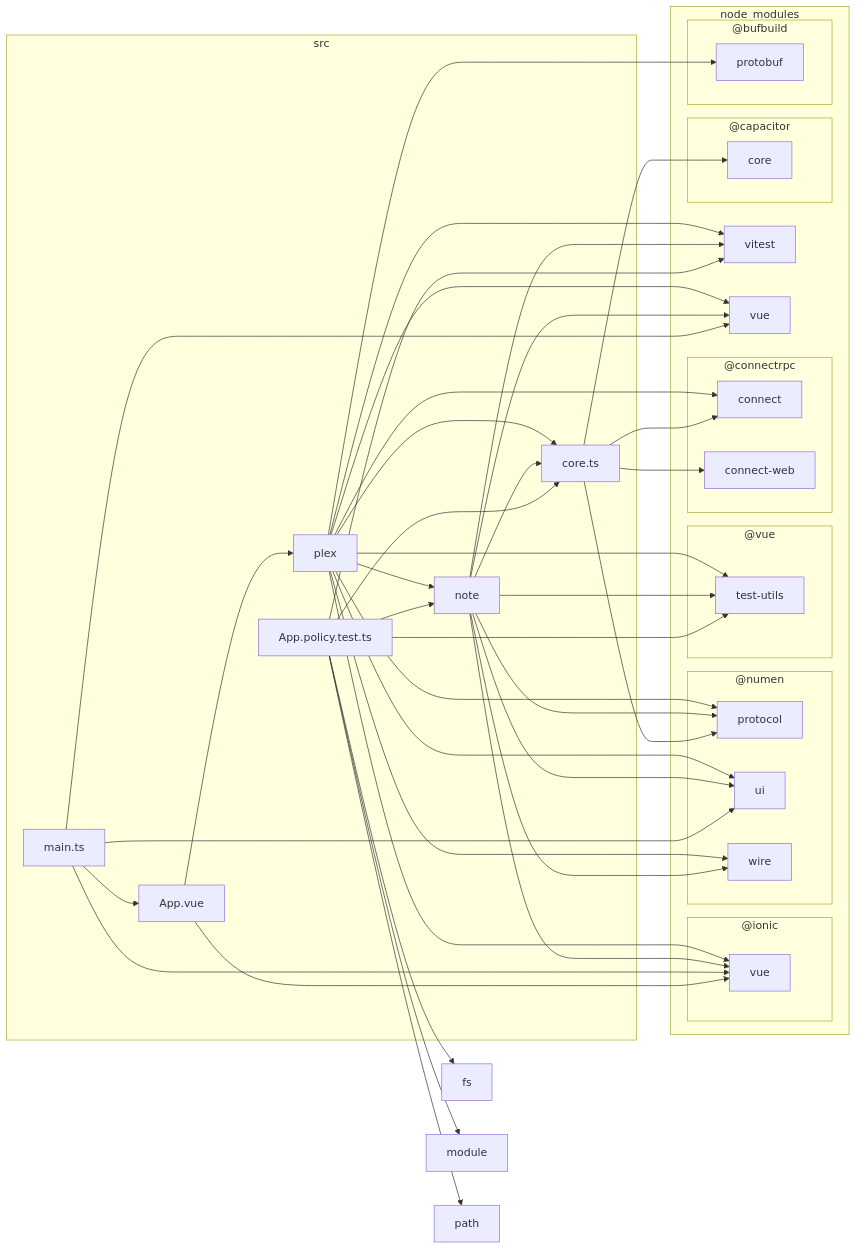
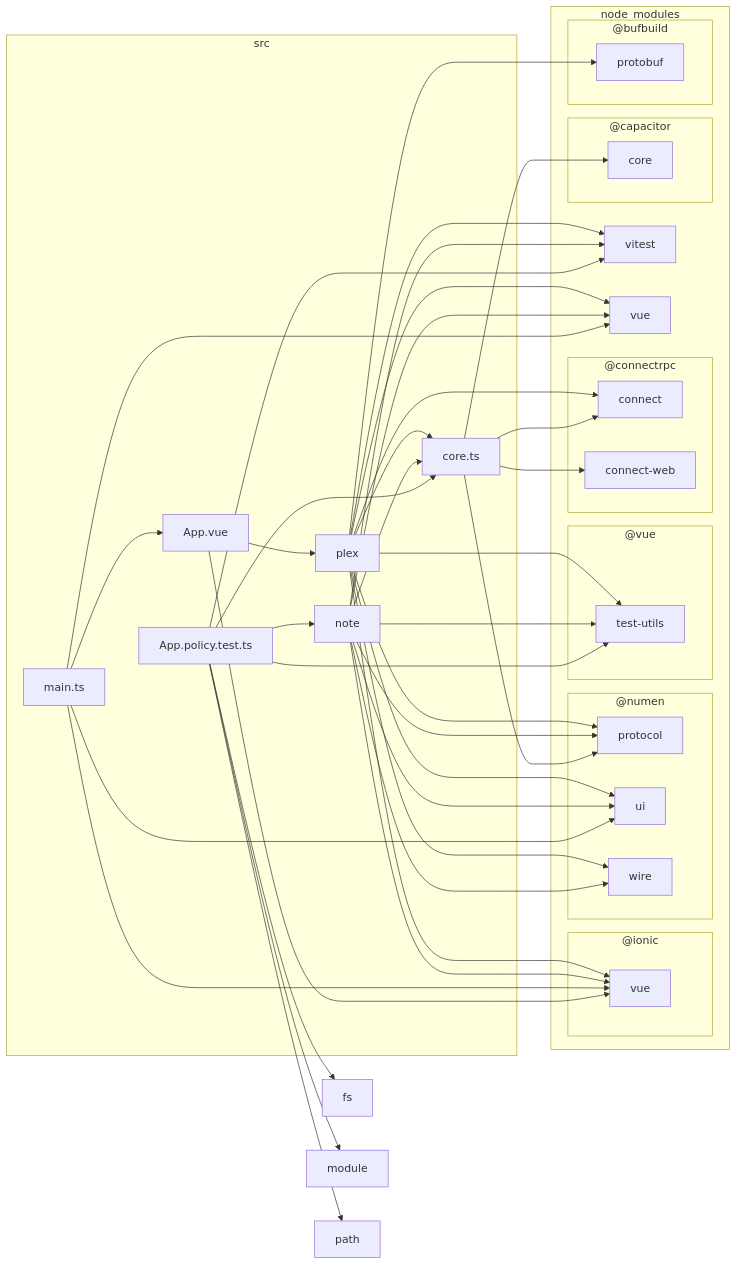
One commit to jiva-studio/numen changed the fifth of 5 diagrams in docs/dependencies.md. Above: the diagram before and after it, drawn with Mermaid. The commit also changed other lines of this file and 6 other files, not shown here.

````diff
--- a/docs/dependencies.md
+++ b/docs/dependencies.md
@@ -362,76 +363,75 @@
 ```mermaid
 flowchart LR
 
 subgraph 2["node_modules"]
 subgraph 3["@bufbuild"]
 4["protobuf"]
 end
 subgraph 5["@capacitor"]
 6["core"]
 end
 subgraph 7["@connectrpc"]
 8["connect"]
 9["connect-web"]
 end
 subgraph A["@ionic"]
 B["vue"]
 end
 subgraph C["@numen"]
 D["protocol"]
 E["ui"]
 F["wire"]
 end
 subgraph G["@vue"]
 H["test-utils"]
 end
 I["vitest"]
 J["vue"]
 end
 K["fs"]
 L["module"]
 M["path"]
 subgraph N["src"]
 O["App.policy.test.ts"]
 P["App.vue"]
 Q["core.ts"]
 R["main.ts"]
 S["note"]
 T["plex"]
 end
 O-->H
 O-->I
 O-->K
 O-->L
 O-->M
 O-->Q
 O-->S
 P-->B
 P-->T
 Q-->6
 Q-->8
 Q-->9
 Q-->D
 R-->B
 R-->E
 R-->J
 R-->P
 S-->B
 S-->D
 S-->E
 S-->F
 S-->H
 S-->I
 S-->J
 S-->Q
 T-->4
 T-->8
 T-->B
 T-->D
 T-->E
 T-->F
 T-->H
 T-->I
 T-->J
 T-->Q
-T-->S
 ```
````
